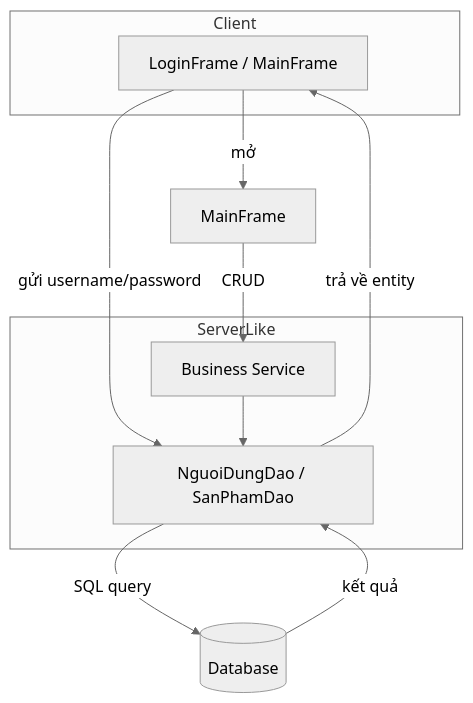
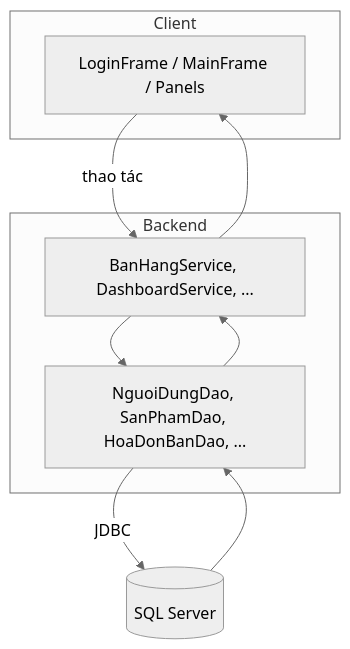
The first of 7 diagrams in README.md (Terence-0310/CuaHangThuoc), drawn with Mermaid (neutral theme) before and after one commit. The commit also changed other lines of this file and 6 other files, not shown here.

First line of the commit message:
docs: gộp README hoàn chỉnh, xóa file thừa; fix SanPham loaiSanPham + SanPhamDao methods

````diff
--- a/README.md
+++ b/README.md
@@ -36,19 +136,18 @@
 ```mermaid
 flowchart TD
   subgraph Client
-    UI[LoginFrame / MainFrame]
+    UI[LoginFrame / MainFrame / Panels]
   end
-  subgraph ServerLike
-    DAO[NguoiDungDao / SanPhamDao]
-    Service[Business Service]
+  subgraph Backend
+    Service[BanHangService, DashboardService, ...]
+    DAO[NguoiDungDao, SanPhamDao, HoaDonBanDao, ...]
   end
-  DB[(Database)]
+  DB[(SQL Server)]
 
-  UI -->|gửi username/password| DAO
-  DAO -->|SQL query| DB
-  DB -->|kết quả| DAO
-  DAO -->|trả về entity| UI
-  UI -->|mở| MainFrame
-  MainFrame -->|CRUD| Service
+  UI -->|thao tác| Service
   Service --> DAO
+  DAO -->|JDBC| DB
+  DB --> DAO
+  DAO --> Service
+  Service --> UI
 ```
````
